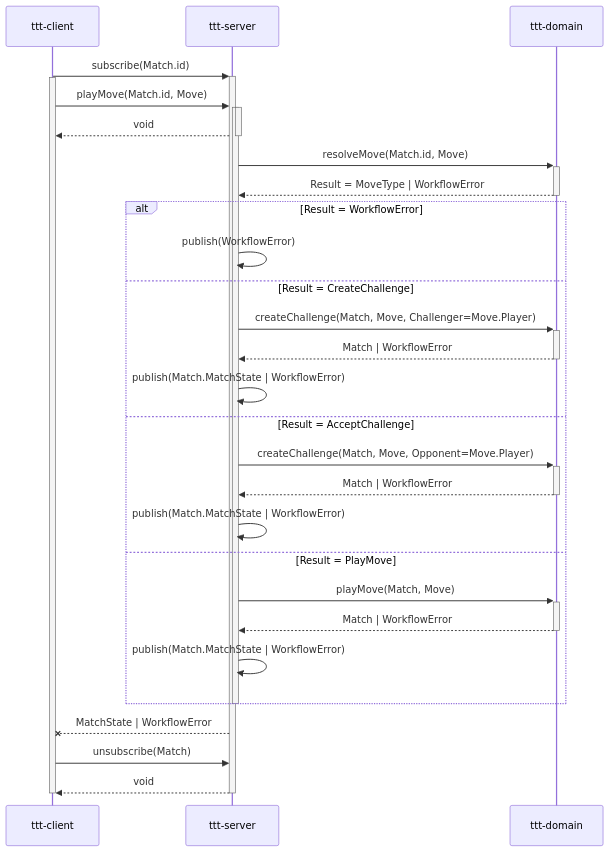
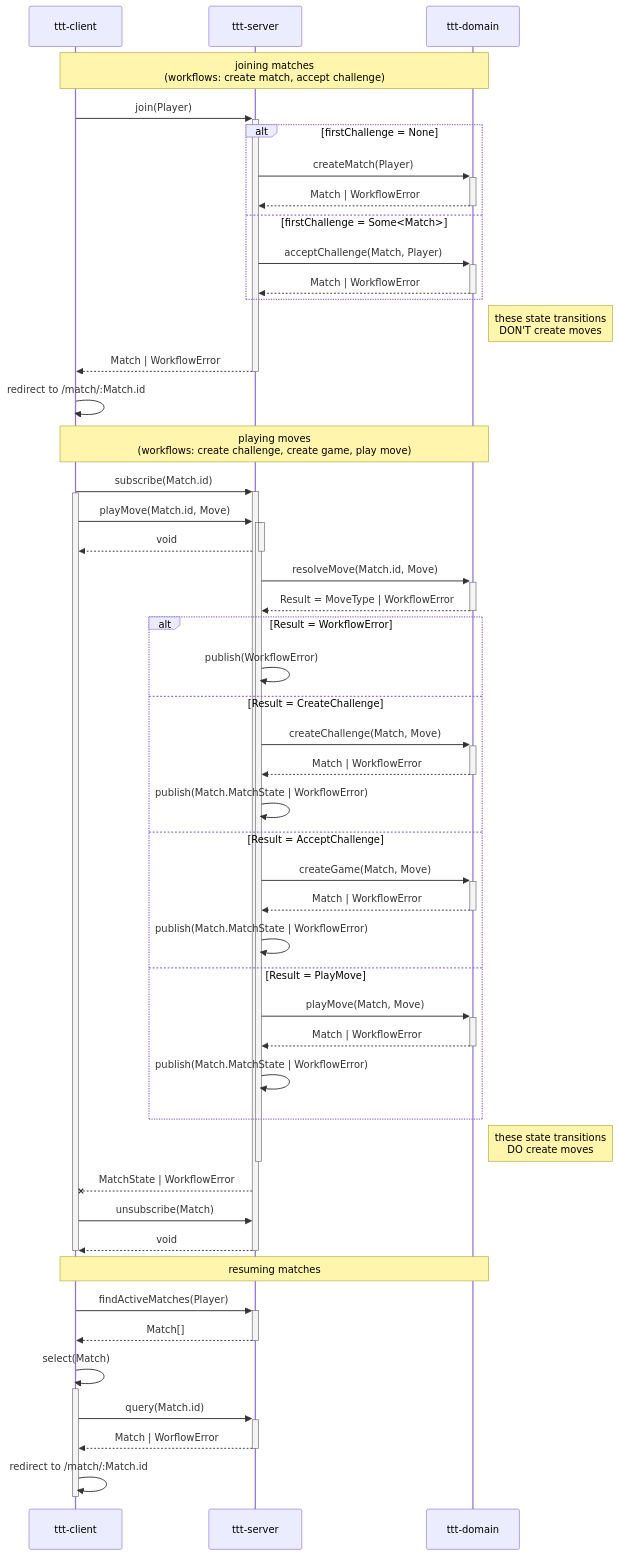
One commit to grancalavera/ttt changed the diagram in README.md. Above: the diagram before and after it, drawn with Mermaid. The commit also changed 2 other files, not shown here.

Commit message:
more diagram funz

````diff
--- a/README.md
+++ b/README.md
@@ -34,45 +15,81 @@
 ```mermaid
 sequenceDiagram
   participant c as ttt-client
   participant s as ttt-server
   participant d as ttt-domain
+
+  note over c,d: joining matches <br />(workflows: create match, accept challenge)
+
+  c->>+s: join(Player)
+
+    alt firstChallenge = None
+      s->>+d: createMatch(Player)
+      d-->>-s: Match | WorkflowError
+
+    else firstChallenge = Some<Match>
+      s->>+d: acceptChallenge(Match, Player)
+
+      d-->>-s: Match | WorkflowError
+    end
+      note right of d: these state transitions <br /> DON'T create moves
+
+  s-->>-c: Match | WorkflowError
+
+  c->>c: redirect to /match/:Match.id
+
+  note over c,d: playing moves <br />(workflows: create challenge, create game, play move)
 
   c->>+s: subscribe(Match.id)
   activate c
 
   c->>+s: playMove(Match.id, Move)
   activate s
   s-->>-c: void
 
   s->>+d: resolveMove(Match.id, Move)
   d-->>-s: Result = MoveType | WorkflowError
 
 
   alt Result = WorkflowError
     s->>s: publish(WorkflowError)
 
   else Result = CreateChallenge
-    s->>+d: createChallenge(Match, Move, Challenger=Move.Player)
+    s->>+d: createChallenge(Match, Move)
     d-->>-s: Match | WorkflowError
     s->>s: publish(Match.MatchState | WorkflowError)
 
 
   else Result = AcceptChallenge
-    s->>+d: createChallenge(Match, Move, Opponent=Move.Player)
+    s->>+d: createGame(Match, Move)
     d-->>-s: Match | WorkflowError
     s->>s: publish(Match.MatchState | WorkflowError)
 
 
   else Result = PlayMove
     s->>+d: playMove(Match, Move)
     d-->>-s: Match | WorkflowError
     s->>s: publish(Match.MatchState | WorkflowError)
 
   end
+
+  note right of d: these state transitions <br /> DO create moves
+
   deactivate s
 
   s--xc: MatchState | WorkflowError
   c->>s: unsubscribe(Match)
   s-->>-c: void
   deactivate c
+
+  note over c,d: resuming matches
+
+  c->>+s: findActiveMatches(Player)
+  s-->>-c: Match[]
+
+  c->>c: select(Match)
+  activate c
+  c->>+s: query(Match.id)
+  s-->>-c: Match | WorflowError
+  c->>c: redirect to /match/:Match.id
+  deactivate c
 ```
````
